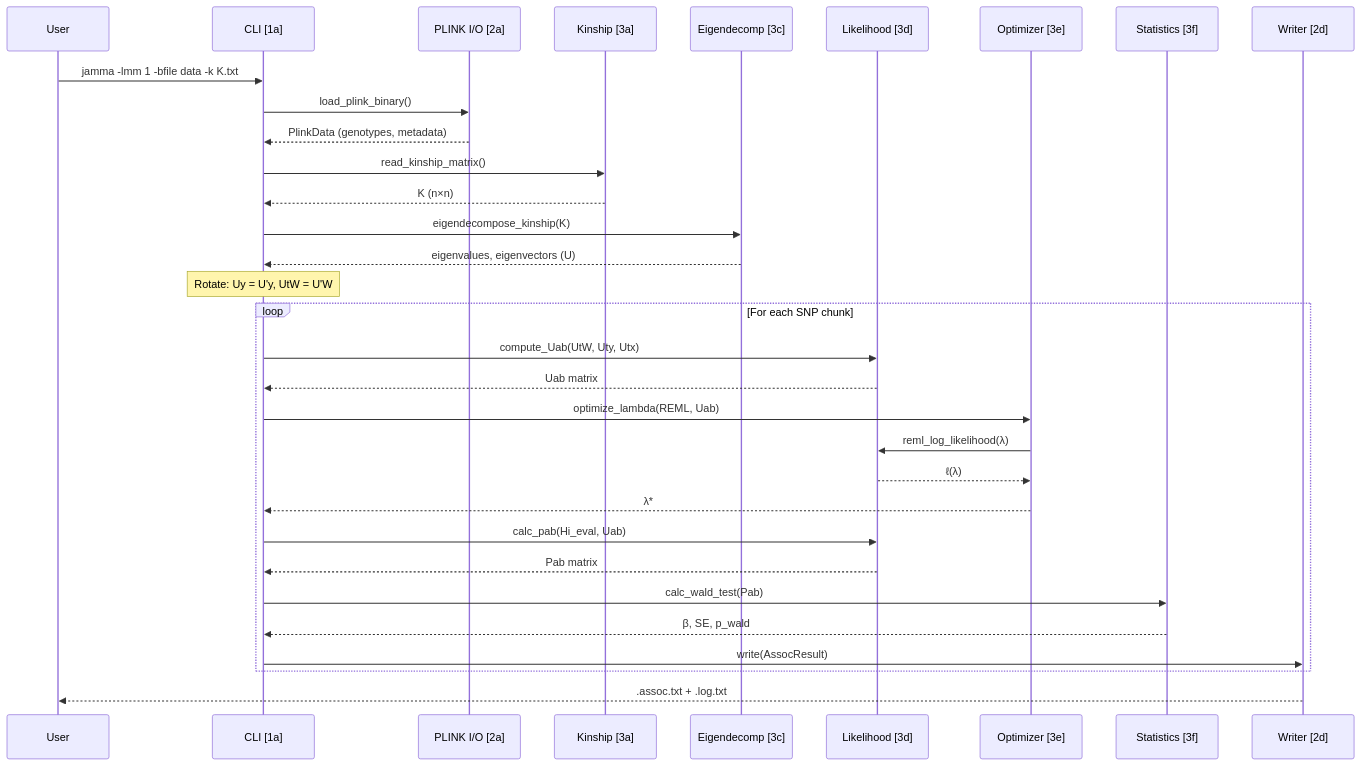
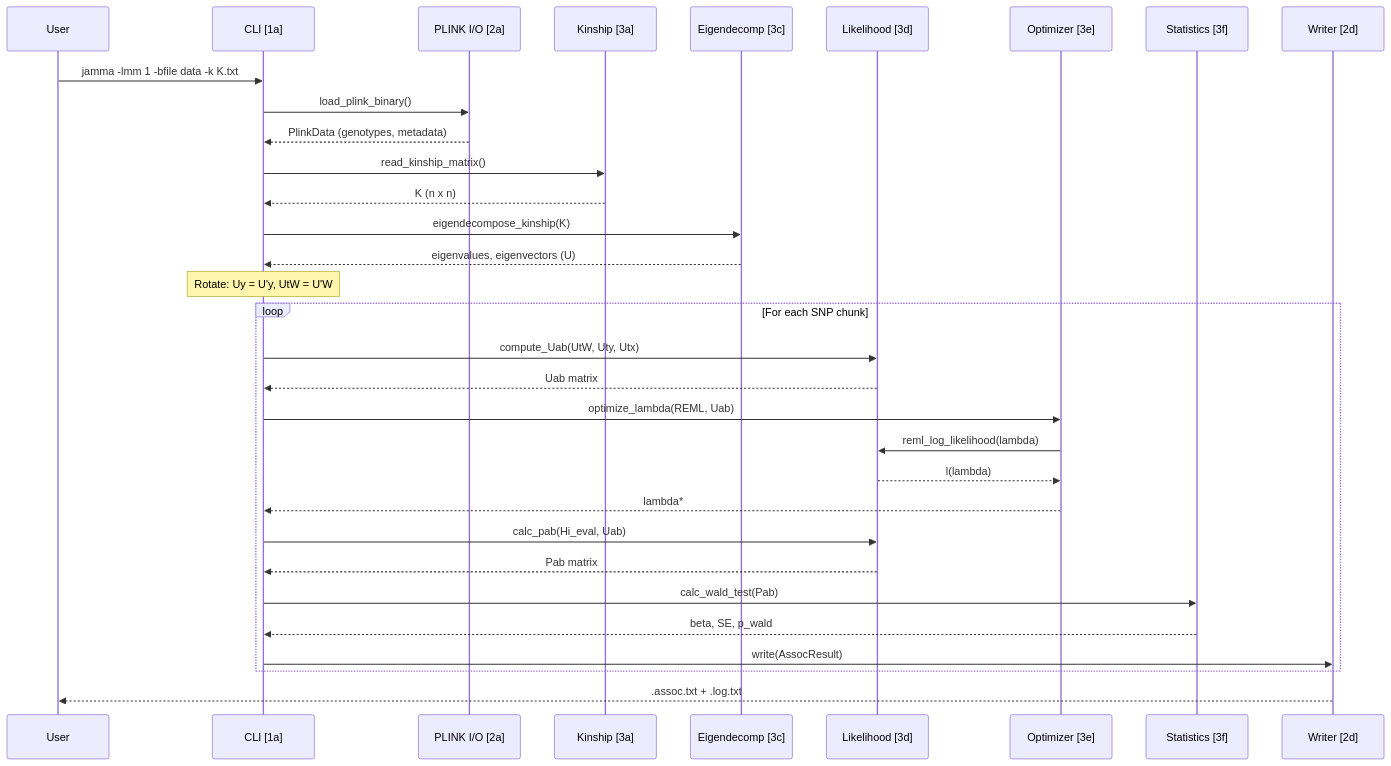
Before and after one commit to michael-denyer/jamma: the second of 5 diagrams in docs/CODEMAP.md, drawn with Mermaid. The commit also changed other lines of this file and 136 other files, not shown here.

First line of the commit message:
refactor: strip JAX and own-BLAS, simplify to NumPy-only architecture

````diff
--- a/docs/CODEMAP.md
+++ b/docs/CODEMAP.md
@@ -330,38 +273,38 @@
 ```mermaid
 sequenceDiagram
     participant U as User
     participant CLI as CLI [1a]
     participant IO as PLINK I/O [2a]
     participant K as Kinship [3a]
     participant E as Eigendecomp [3c]
     participant L as Likelihood [3d]
     participant O as Optimizer [3e]
     participant S as Statistics [3f]
     participant W as Writer [2d]
 
     U->>CLI: jamma -lmm 1 -bfile data -k K.txt
     CLI->>IO: load_plink_binary()
     IO-->>CLI: PlinkData (genotypes, metadata)
     CLI->>K: read_kinship_matrix()
-    K-->>CLI: K (n×n)
+    K-->>CLI: K (n x n)
     CLI->>E: eigendecompose_kinship(K)
     E-->>CLI: eigenvalues, eigenvectors (U)
 
     Note over CLI: Rotate: Uy = U'y, UtW = U'W
 
     loop For each SNP chunk
         CLI->>L: compute_Uab(UtW, Uty, Utx)
         L-->>CLI: Uab matrix
         CLI->>O: optimize_lambda(REML, Uab)
-        O->>L: reml_log_likelihood(λ)
-        L-->>O: ℓ(λ)
-        O-->>CLI: λ*
+        O->>L: reml_log_likelihood(lambda)
+        L-->>O: l(lambda)
+        O-->>CLI: lambda*
         CLI->>L: calc_pab(Hi_eval, Uab)
         L-->>CLI: Pab matrix
         CLI->>S: calc_wald_test(Pab)
-        S-->>CLI: β, SE, p_wald
+        S-->>CLI: beta, SE, p_wald
         CLI->>W: write(AssocResult)
     end
 
     W-->>U: .assoc.txt + .log.txt
 ```
````
